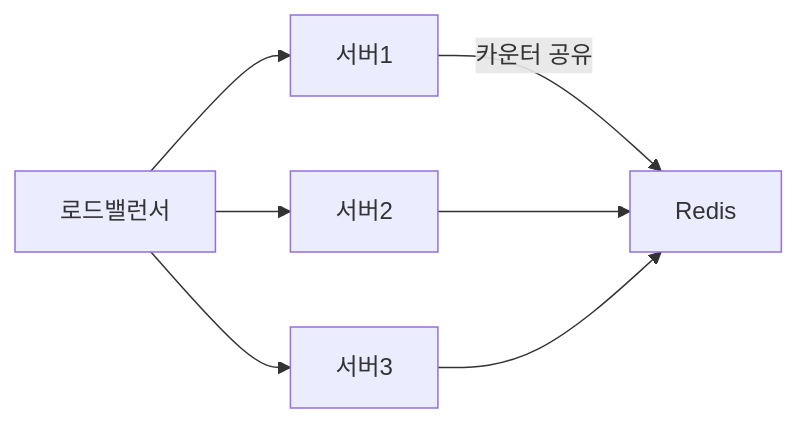
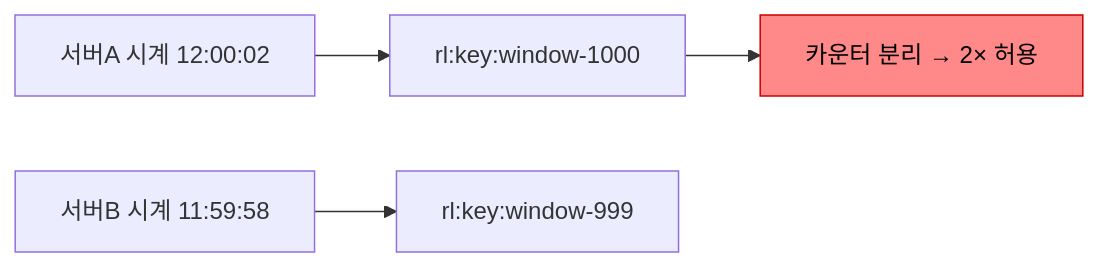
Before and after one commit to yjkim2015/yjkim2015.github.io: the seventh of 10 diagrams in _posts/spring/2026-05-01-rate-limiting.md, drawn with Mermaid. The commit also changed other lines of this file and 4 other files, not shown here.

````diff
--- a/_posts/spring/2026-05-01-rate-limiting.md
+++ b/_posts/spring/2026-05-01-rate-limiting.md
@@ -695,9 +1105,7 @@
 ```mermaid
 graph LR
-    LB["로드밸런서"] --> S1["서버1"]
-    LB --> S2["서버2"]
-    LB --> S3["서버3"]
-    S1 -->|"카운터 공유"| RD["Redis"]
-    S2 --> RD
-    S3 --> RD
+    RA["서버A 시계 12:00:02"] --> KA["rl:key:window-1000"]
+    RB["서버B 시계 11:59:58"] --> KB["rl:key:window-999"]
+    KA --> SKIP["카운터 분리 → 2× 허용"]
+    style SKIP fill:#f88,stroke:#c00,color:#000
 ```
````
